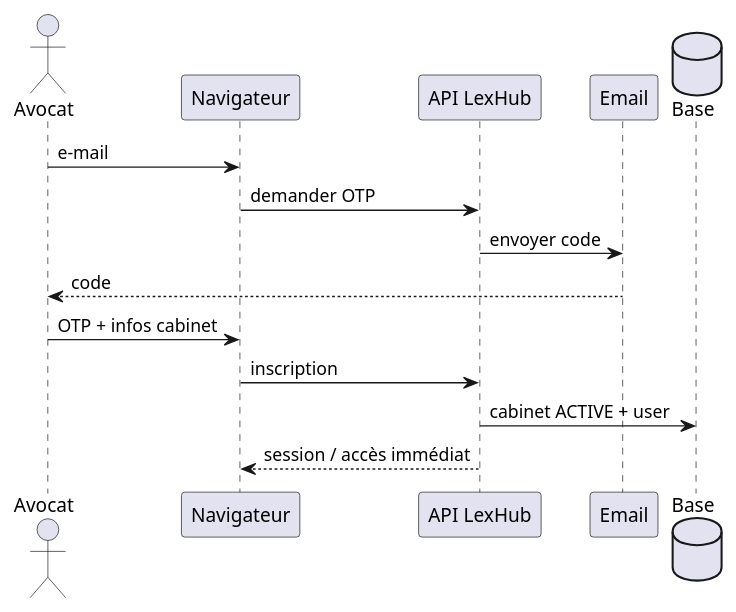
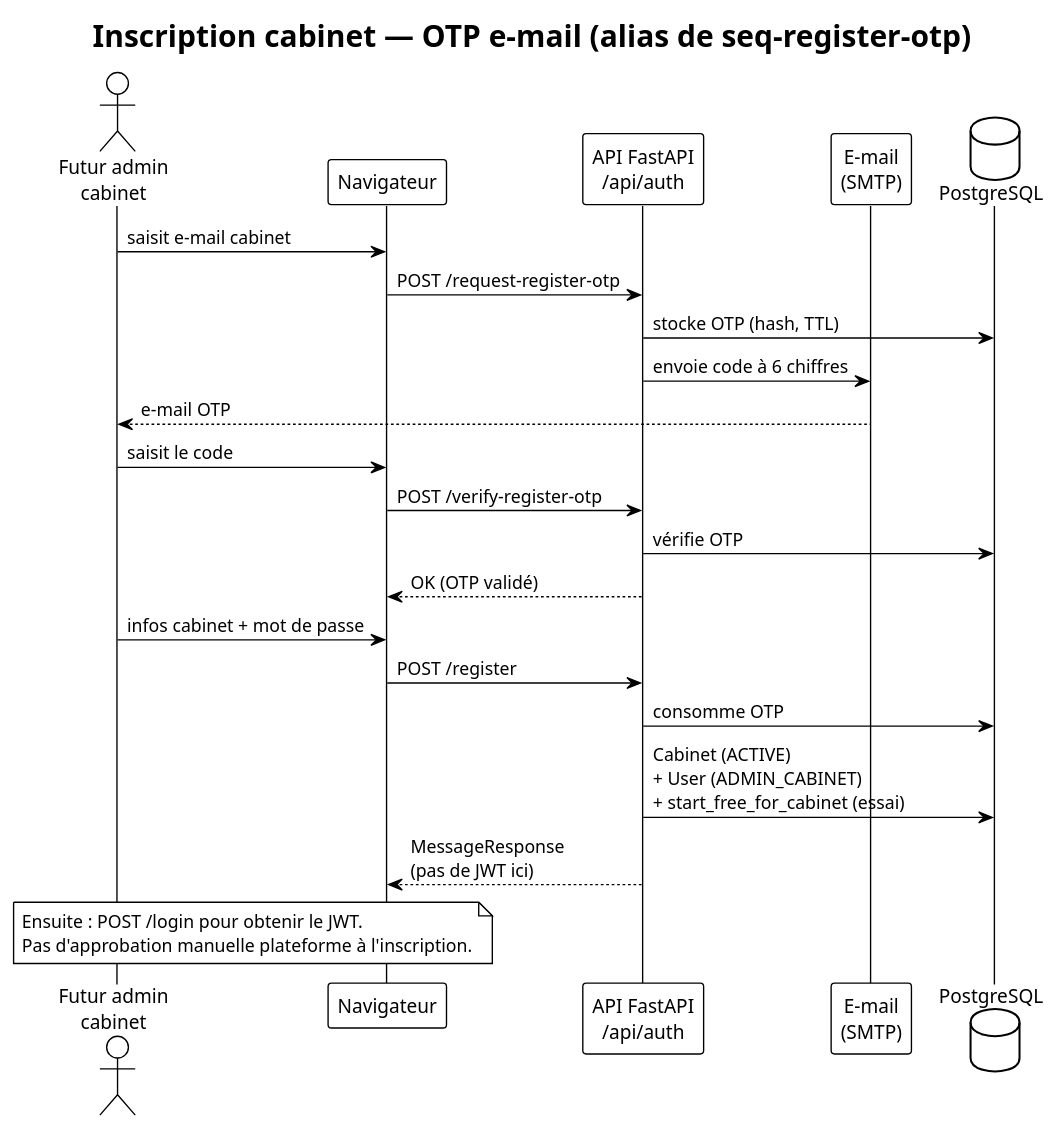
Before and after one commit to anadouae/Plateforme-d-Assistance-en-IA-pour-Avocats: the diagram in docs/rapport-pfa/diagrams/seq-otp.puml, drawn with PlantUML. The commit also changed 240 other files, not shown here.

Commit message:
Ship LexHub polish: invoices PDF, mobile docks, dictation, and PFA docs.

```diff
--- a/docs/rapport-pfa/diagrams/seq-otp.puml
+++ b/docs/rapport-pfa/diagrams/seq-otp.puml
@@ -1,17 +1,33 @@
 @startuml seq-otp
+!theme plain
 skinparam shadowing false
-actor Avocat
-participant Navigateur
-participant "API LexHub" as API
-participant Email
-database Base
+title Inscription cabinet — OTP e-mail (alias de seq-register-otp)
 
-Avocat -> Navigateur : e-mail
-Navigateur -> API : demander OTP
-API -> Email : envoyer code
-Email --> Avocat : code
-Avocat -> Navigateur : OTP + infos cabinet
-Navigateur -> API : inscription
-API -> Base : cabinet ACTIVE + user
-API --> Navigateur : session / accès immédiat
+actor "Futur admin\ncabinet" as U
+participant "Navigateur" as FE
+participant "API FastAPI\n/api/auth" as API
+participant "E-mail\n(SMTP)" as Mail
+database "PostgreSQL" as DB
+
+U -> FE : saisit e-mail cabinet
+FE -> API : POST /request-register-otp
+API -> DB : stocke OTP (hash, TTL)
+API -> Mail : envoie code à 6 chiffres
+Mail --> U : e-mail OTP
+
+U -> FE : saisit le code
+FE -> API : POST /verify-register-otp
+API -> DB : vérifie OTP
+API --> FE : OK (OTP validé)
+
+U -> FE : infos cabinet + mot de passe
+FE -> API : POST /register
+API -> DB : consomme OTP
+API -> DB : Cabinet (ACTIVE)\n+ User (ADMIN_CABINET)\n+ start_free_for_cabinet (essai)
+API --> FE : MessageResponse\n(pas de JWT ici)
+
+note over U, FE
+  Ensuite : POST /login pour obtenir le JWT.
+  Pas d'approbation manuelle plateforme à l'inscription.
+end note
 @enduml
```
